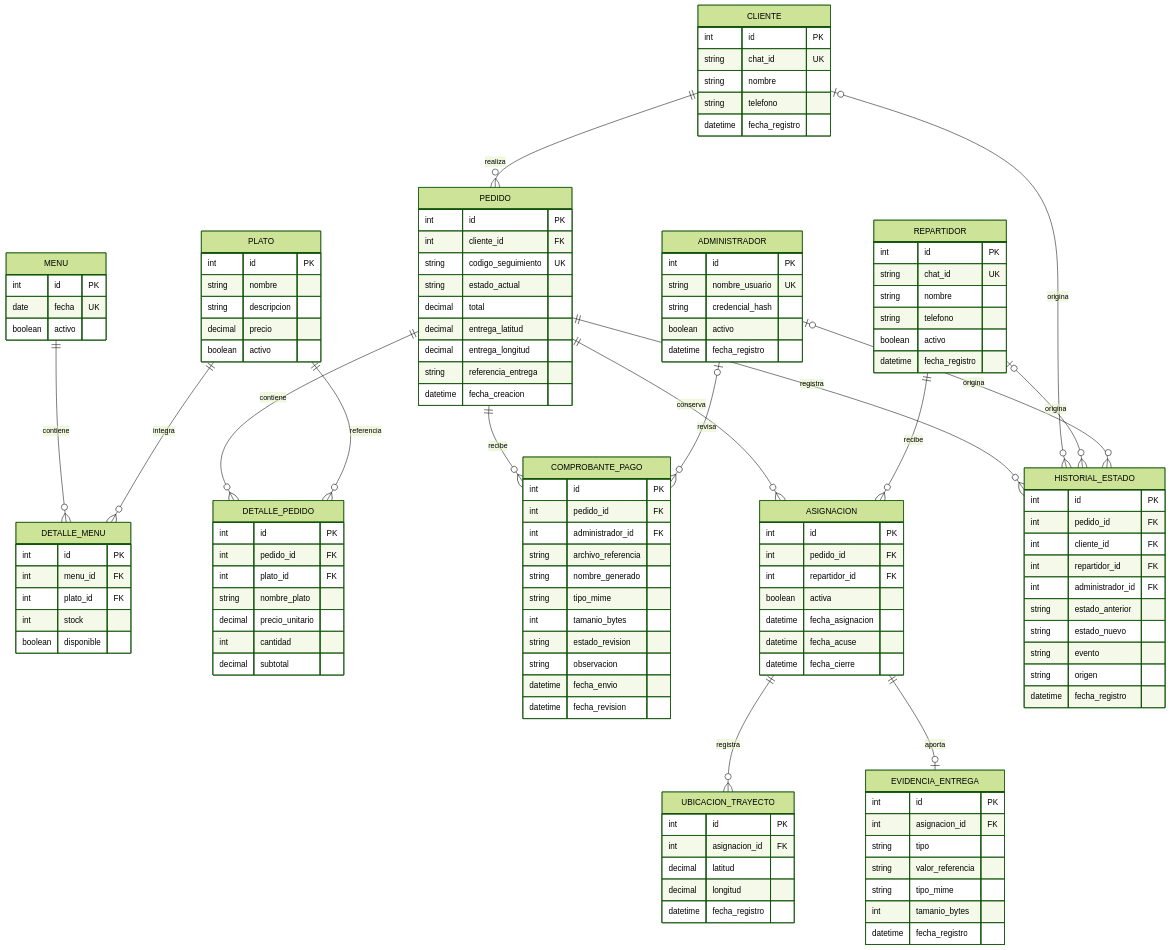
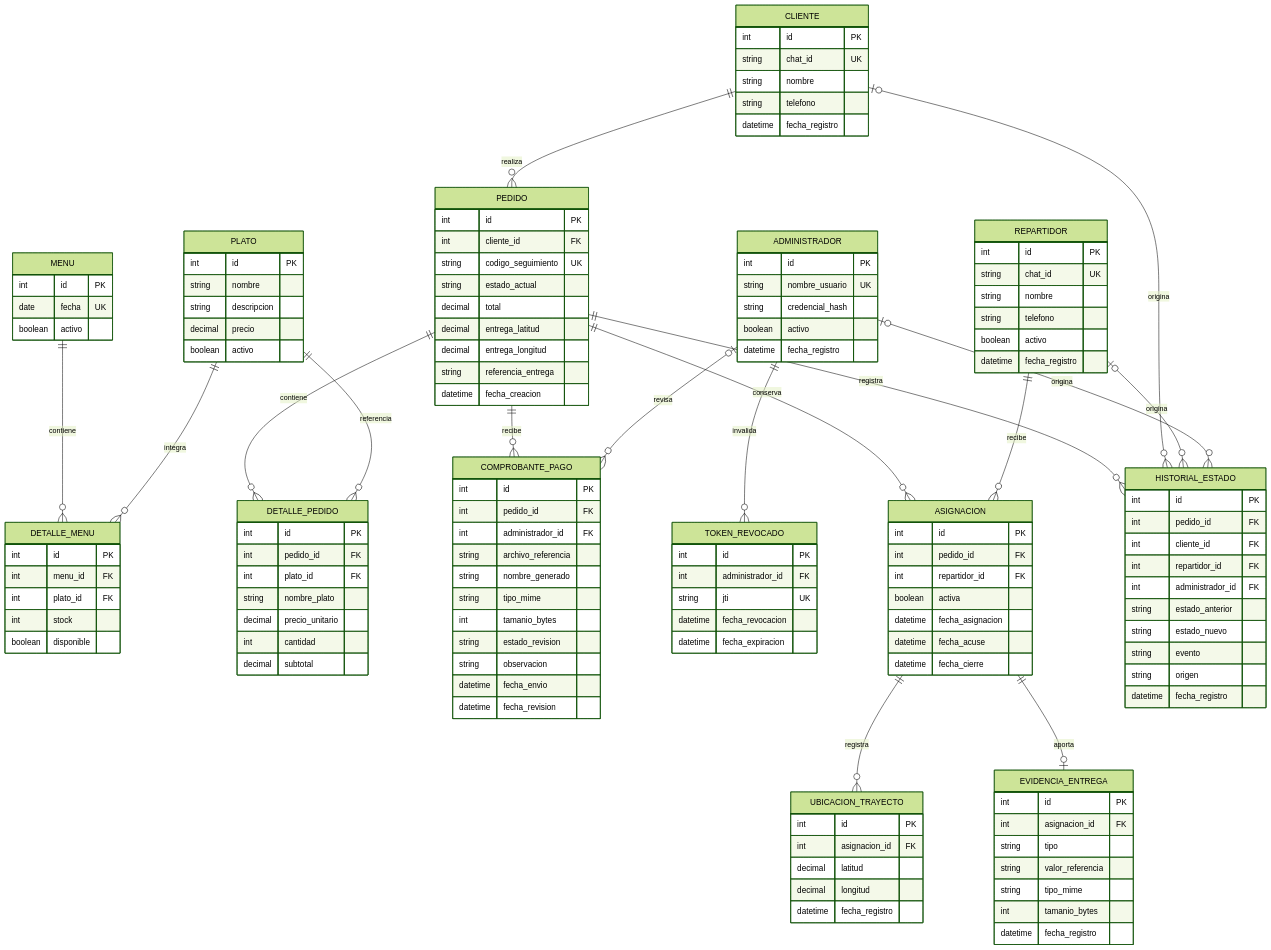
One commit to ninoskacotah/restaurante-oruro-mvp changed the third of 3 diagrams in docs/diseno.md. Above: the diagram before and after it, drawn with Mermaid (forest theme). The commit also changed other lines of this file and 2 other files, not shown here.

```diff
--- a/docs/diseno.md
+++ b/docs/diseno.md
@@ -420,6 +484,7 @@
     PLATO ||--o{ DETALLE_PEDIDO : referencia
     PEDIDO ||--o{ COMPROBANTE_PAGO : recibe
     ADMINISTRADOR o|--o{ COMPROBANTE_PAGO : revisa
+    ADMINISTRADOR ||--o{ TOKEN_REVOCADO : invalida
     PEDIDO ||--o{ ASIGNACION : conserva
     REPARTIDOR ||--o{ ASIGNACION : recibe
     ASIGNACION ||--o{ UBICACION_TRAYECTO : registra
@@ -452,6 +517,14 @@
         string credencial_hash
         boolean activo
         datetime fecha_registro
+    }
+
+    TOKEN_REVOCADO {
+        int id PK
+        int administrador_id FK
+        string jti UK
+        datetime fecha_revocacion
+        datetime fecha_expiracion
     }
 
     PLATO {
```
